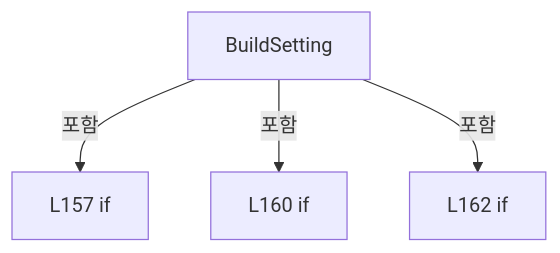
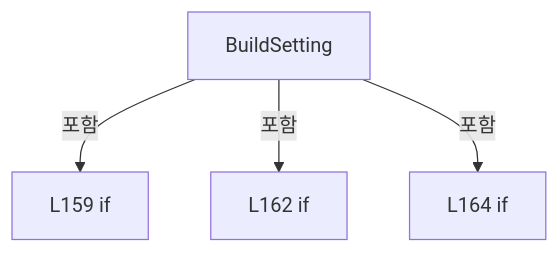
One commit to kjuws10-rgb/Shared changed the second of 17 diagrams in A3 LD Code Ref/files/Drilling.File/JHMI/CSettingFile.cs.md. Above: the diagram before and after it, drawn with Mermaid. The commit also changed other lines of this file and 2071 other files, not shown here.

Commit message:
docs(a3): update 11.19.0 architecture and code reference

````diff
--- a/A3 LD Code Ref/files/Drilling.File/JHMI/CSettingFile.cs.md
+++ b/A3 LD Code Ref/files/Drilling.File/JHMI/CSettingFile.cs.md
@@ -865,10 +865,10 @@
 ```mermaid
 flowchart TD
  M["BuildSetting"]
- N0["L157 if"]
+ N0["L159 if"]
  M -->|포함| N0
- N1["L160 if"]
+ N1["L162 if"]
  M -->|포함| N1
- N2["L162 if"]
+ N2["L164 if"]
  M -->|포함| N2
 ```
````
